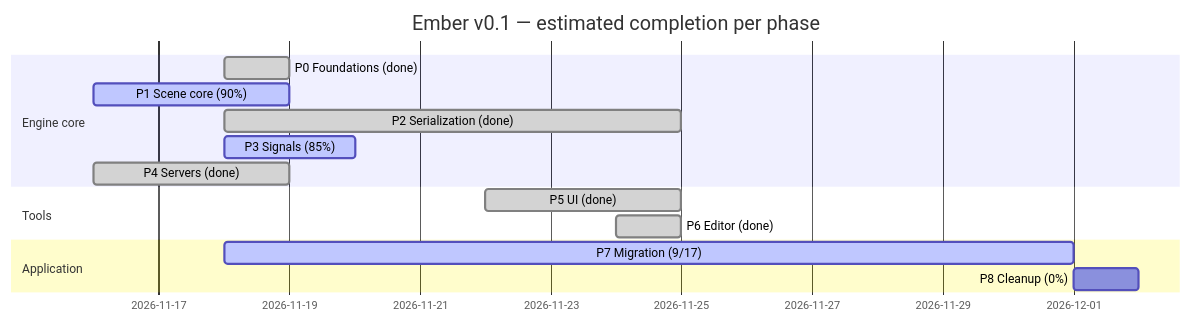
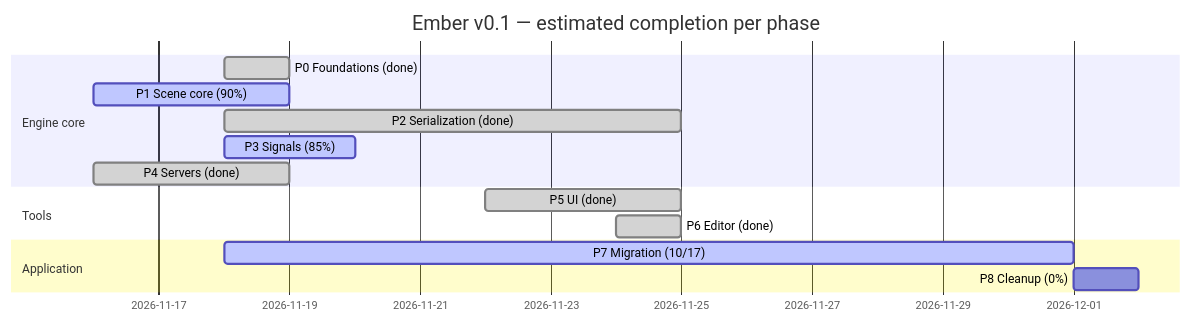
Before and after one commit to titouanthd/ember: the diagram in ember-vault/60 Progress/Roadmap Tracker.md, drawn with Mermaid. The commit also changed other lines of this file and 3 other files, not shown here.

First line of the commit message:
doc(vault-roadmap): Record the Bullet Hell migration

````diff
--- a/ember-vault/60 Progress/Roadmap Tracker.md
+++ b/ember-vault/60 Progress/Roadmap Tracker.md
@@ -11,17 +11,17 @@
 ```mermaid
 gantt
   dateFormat YYYY-MM-DD
   title Ember v0.1 — estimated completion per phase
   section Engine core
   P0 Foundations (done)  :done, p0, 2026-11-18, 1d
   P1 Scene core (90%)    :active, p1, 2026-11-16, 3d
   P2 Serialization (done):done, p2, 2026-11-18, 7d
   P3 Signals (85%)       :active, p3, 2026-11-18, 2d
   P4 Servers (done)      :done, p4, 2026-11-16, 3d
   section Tools
   P5 UI (done)           :done, p5, 2026-11-22, 3d
   P6 Editor (done)       :done, p6, 2026-11-24, 1d
   section Application
-  P7 Migration (9/17)    :active, p7, 2026-11-18, 13d
+  P7 Migration (10/17)    :active, p7, 2026-11-18, 13d
   P8 Cleanup (0%)        :p8, after p7, 1d
 ```
````
